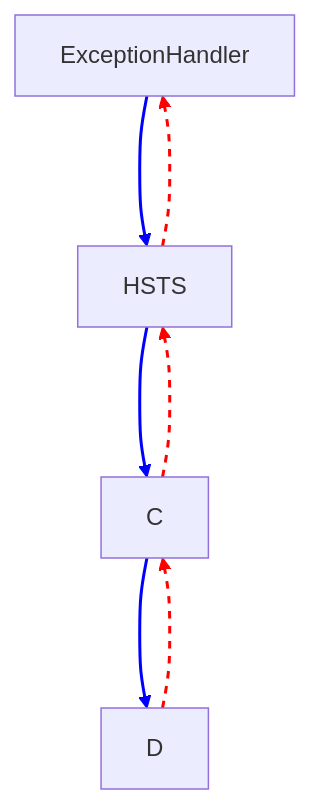
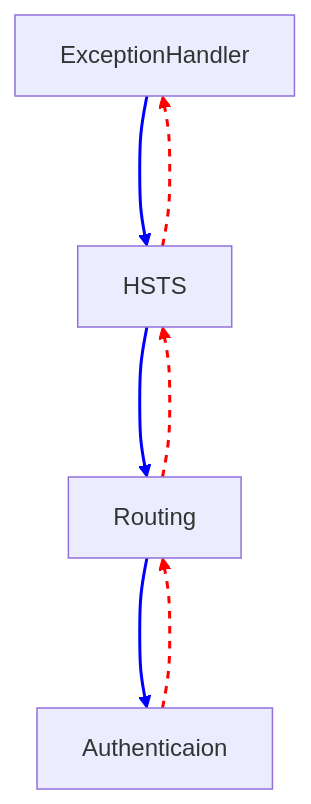
Before and after one commit to Rick-Anderson/Report: the diagram in z4.md, drawn with Mermaid.

````diff
--- a/z4.md
+++ b/z4.md
@@ -1,17 +1,17 @@
 ```mermaid
 graph TD;
     ExceptionHandler -->HSTS
-    HSTS-->C
-    C-->D
-    D--->C
-    C--->HSTS
+    HSTS-->Routing
+    Routing-->Authenticaion
+    Authenticaion--->Routing
+    Routing--->HSTS
     HSTS--->ExceptionHandler
 
     linkStyle 0 stroke-width:2px,fill:none,stroke:blue;
     linkStyle 1 stroke-width:2px,fill:none,stroke:blue;
     linkStyle 2 stroke-width:2px,fill:none,stroke:blue;
     linkStyle 3 stroke-dasharray: 5 5, stroke-width:2px,fill:none,stroke:red;
     linkStyle 4 stroke-dasharray: 5 5, stroke-width:2px,fill:none,stroke:red;
     linkStyle 5 stroke-dasharray: 5 5, stroke-width:2px,fill:none,stroke:red;
 
 ```
````
